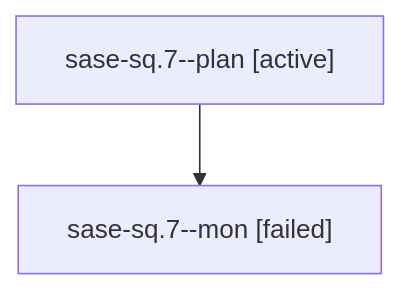
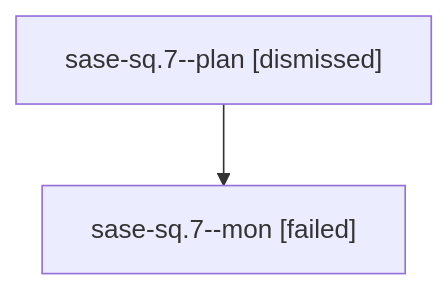
The diagram in sessions/bbugyi200.athena.sase-sq.7.md (sase-org/sase--agents), drawn with Mermaid before and after one commit. The commit also changed other lines of this file and 189 other files, not shown here.

````diff
--- a/sessions/bbugyi200.athena.sase-sq.7.md
+++ b/sessions/bbugyi200.athena.sase-sq.7.md
@@ -9,6 +9,6 @@
 ```mermaid
 flowchart TD
-  n0["sase-sq.7--plan [active]"]
+  n0["sase-sq.7--plan [dismissed]"]
   n1["sase-sq.7--mon [failed]"]
   n0 --> n1
 ```
````
